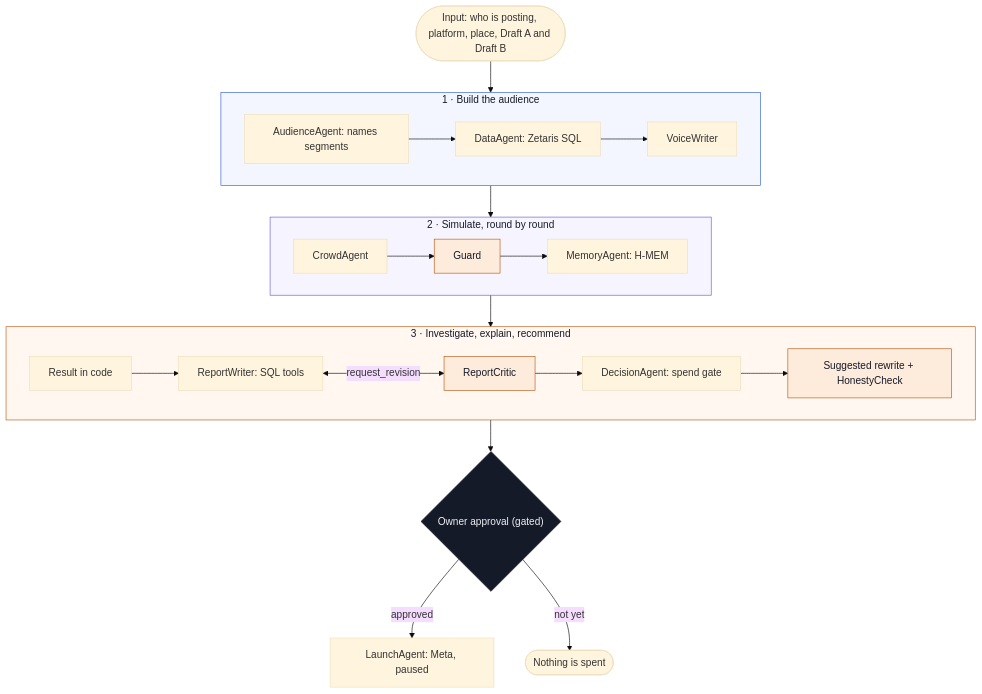
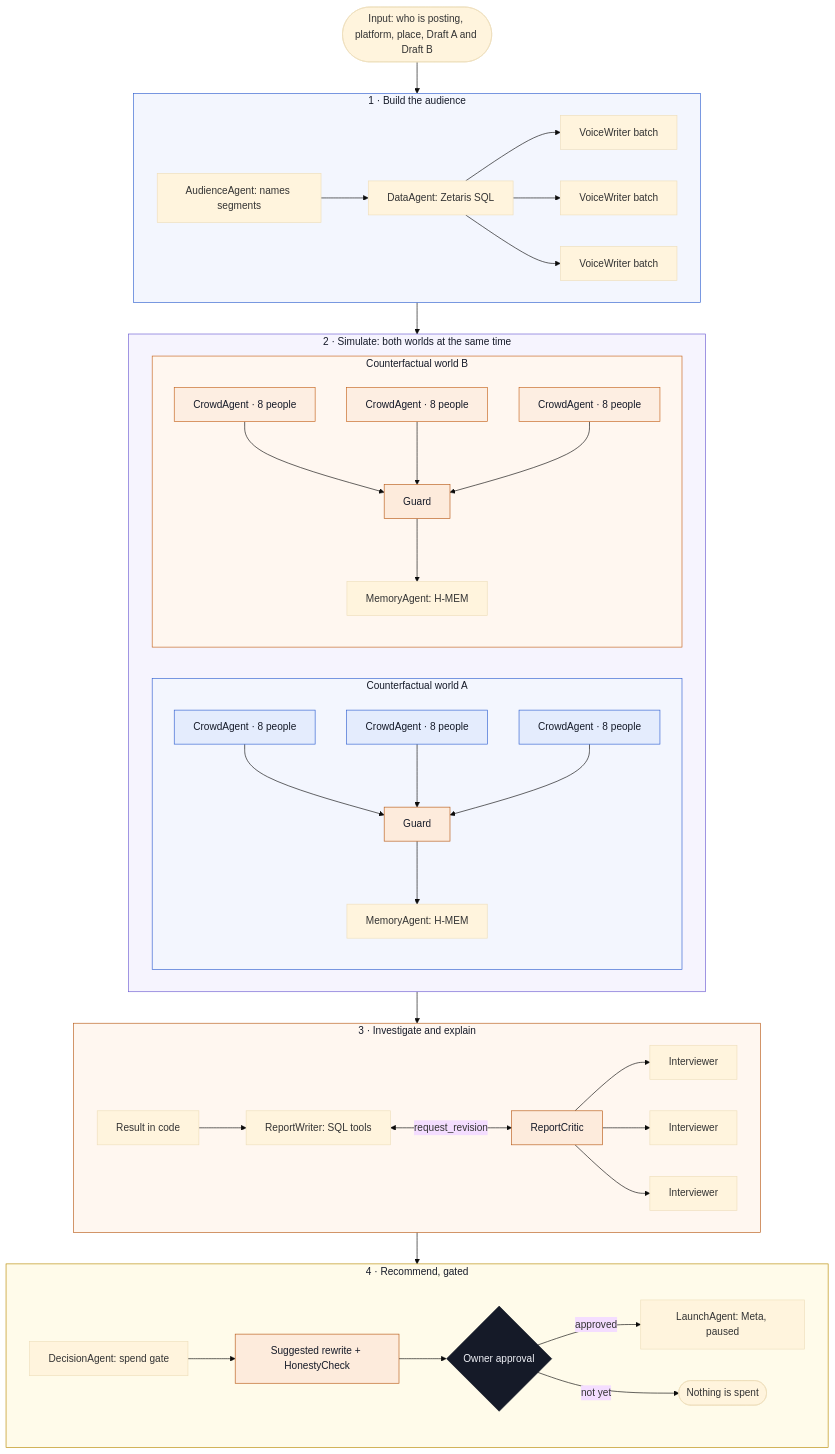
One commit to pranayjoshi/GenAI-works-hackathon changed the second of 2 diagrams in README.md. Above: the diagram before and after it, drawn with Mermaid (base theme). The commit also changed other lines of this file and 6 other files, not shown here.

````diff
--- a/README.md
+++ b/README.md
@@ -268,29 +268,47 @@
 ```mermaid
 flowchart TB
   IN(["Input: who is posting, platform, place, Draft A and Draft B"]) --> BUILD
   subgraph BUILD["1 · Build the audience"]
     direction LR
-    AUD["AudienceAgent: names segments"] --> DATA["DataAgent: Zetaris SQL"] --> VOI["VoiceWriter"]
+    AUD["AudienceAgent: names segments"] --> DATA["DataAgent: Zetaris SQL"] --> VOI1["VoiceWriter batch"] & VOI2["VoiceWriter batch"] & VOI3["VoiceWriter batch"]
   end
   BUILD --> SIM
-  subgraph SIM["2 · Simulate, round by round"]
+  subgraph SIM["2 · Simulate: both worlds at the same time"]
     direction LR
-    CA["CrowdAgent"] --> G["Guard"] --> MA["MemoryAgent: H-MEM"]
+    subgraph WA["Counterfactual world A"]
+      direction TB
+      CA1["CrowdAgent · 8 people"] & CA2["CrowdAgent · 8 people"] & CA3["CrowdAgent · 8 people"] --> G["Guard"] --> MA["MemoryAgent: H-MEM"]
+    end
+    subgraph WB["Counterfactual world B"]
+      direction TB
+      CB1["CrowdAgent · 8 people"] & CB2["CrowdAgent · 8 people"] & CB3["CrowdAgent · 8 people"] --> GB["Guard"] --> MB["MemoryAgent: H-MEM"]
+    end
   end
   SIM --> DECIDE
-  subgraph DECIDE["3 · Investigate, explain, recommend"]
+  subgraph DECIDE["3 · Investigate and explain"]
     direction LR
-    V["Result in code"] --> RW["ReportWriter: SQL tools"] <-->|"request_revision"| RC["ReportCritic"] --> DEC["DecisionAgent: spend gate"] --> VC["Suggested rewrite + HonestyCheck"]
+    V["Result in code"] --> RW["ReportWriter: SQL tools"] <-->|"request_revision"| RC["ReportCritic"] --> IV1["Interviewer"] & IV2["Interviewer"] & IV3["Interviewer"]
   end
-  DECIDE --> OWN{"Owner approval (gated)"}
-  OWN -->|"approved"| LA["LaunchAgent: Meta, paused"]
-  OWN -->|"not yet"| STOP(["Nothing is spent"])
+  DECIDE --> GATE
+  subgraph GATE["4 · Recommend, gated"]
+    direction LR
+    DEC["DecisionAgent: spend gate"] --> VC["Suggested rewrite + HonestyCheck"] --> OWN{"Owner approval"}
+    OWN -->|"approved"| LA["LaunchAgent: Meta, paused"]
+    OWN -->|"not yet"| STOP(["Nothing is spent"])
+  end
 
   classDef crit fill:#FDEBDC,stroke:#B85A16,color:#151A28
   classDef gate fill:#151A28,stroke:#151A28,color:#EEF0F6
-  class RC,VC,G crit
+  classDef wa fill:#E4ECFD,stroke:#2F5FD0,color:#151A28
+  classDef wb fill:#FDEEE2,stroke:#C4621A,color:#151A28
+  class RC,VC,G,GB crit
   class OWN gate
+  class CA1,CA2,CA3 wa
+  class CB1,CB2,CB3 wb
   style BUILD fill:#F3F6FE,stroke:#2F5FD0,color:#151A28
   style SIM fill:#F6F4FE,stroke:#6B5BD2,color:#151A28
+  style WA fill:#F3F6FE,stroke:#2F5FD0,color:#151A28
+  style WB fill:#FFF7F0,stroke:#C4621A,color:#151A28
   style DECIDE fill:#FFF7F0,stroke:#B85A16,color:#151A28
+  style GATE fill:#FFFBEA,stroke:#B88A00,color:#151A28
 ```
````
